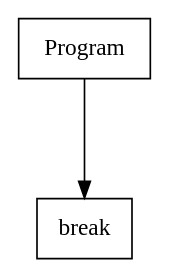
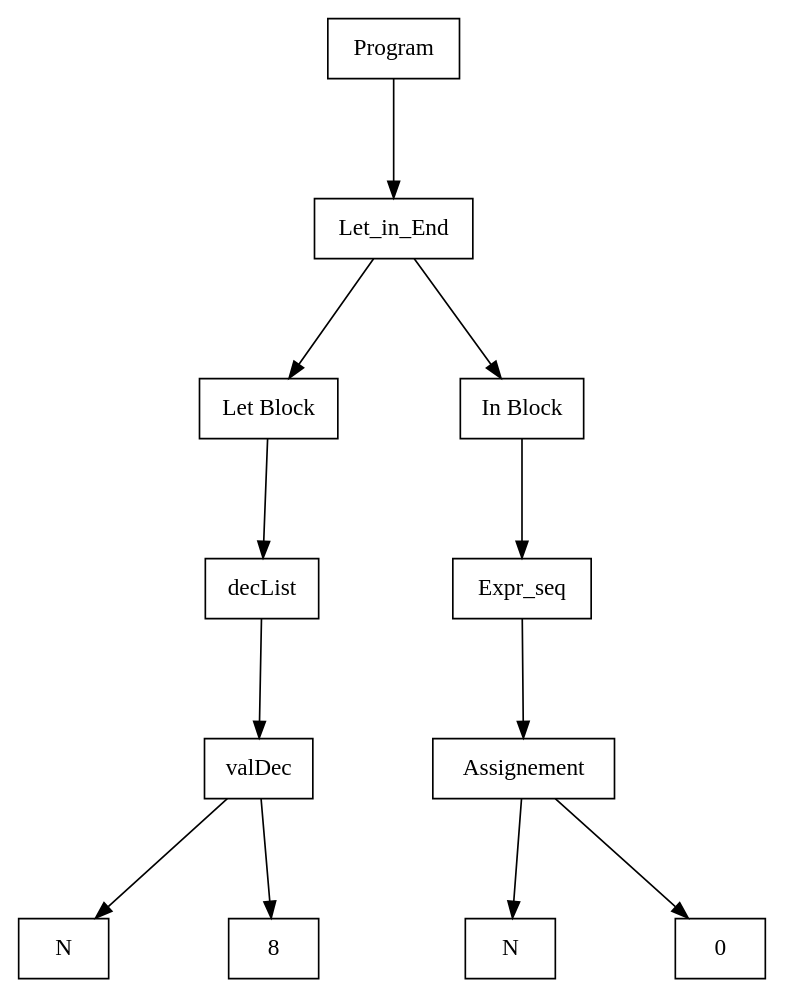
The diagram in out/tree.dot (fl3ur1nestimable/tiger-compiler), drawn with Graphviz before and after one commit. The commit also changed 138 other files, not shown here.

```diff
--- a/out/tree.dot
+++ b/out/tree.dot
@@ -1,10 +1,30 @@
 digraph "ast"{
 
 	nodesep=1;
 	ranksep=1;
 
-	N1 [label="break", shape="box"];
+	N2 [label="Let Block", shape="box"];
+	N3 [label="decList", shape="box"];
+	N4 [label="valDec", shape="box"];
+	N5 [label="N", shape="box"];
+	N6 [label="8", shape="box"];
+	N1 [label="Let_in_End", shape="box"];
+	N7 [label="In Block", shape="box"];
+	N8 [label="Expr_seq", shape="box"];
+	N9 [label="Assignement", shape="box"];
+	N10 [label="N", shape="box"];
+	N11 [label="0", shape="box"];
 	N0 [label="Program", shape="box"];
 
+	N4 -> N5; 
+	N4 -> N6; 
+	N3 -> N4; 
+	N1 -> N2; 
+	N2 -> N3; 
+	N1 -> N7; 
+	N9 -> N10; 
+	N9 -> N11; 
+	N8 -> N9; 
+	N7 -> N8; 
 	N0 -> N1; 
 }
```
